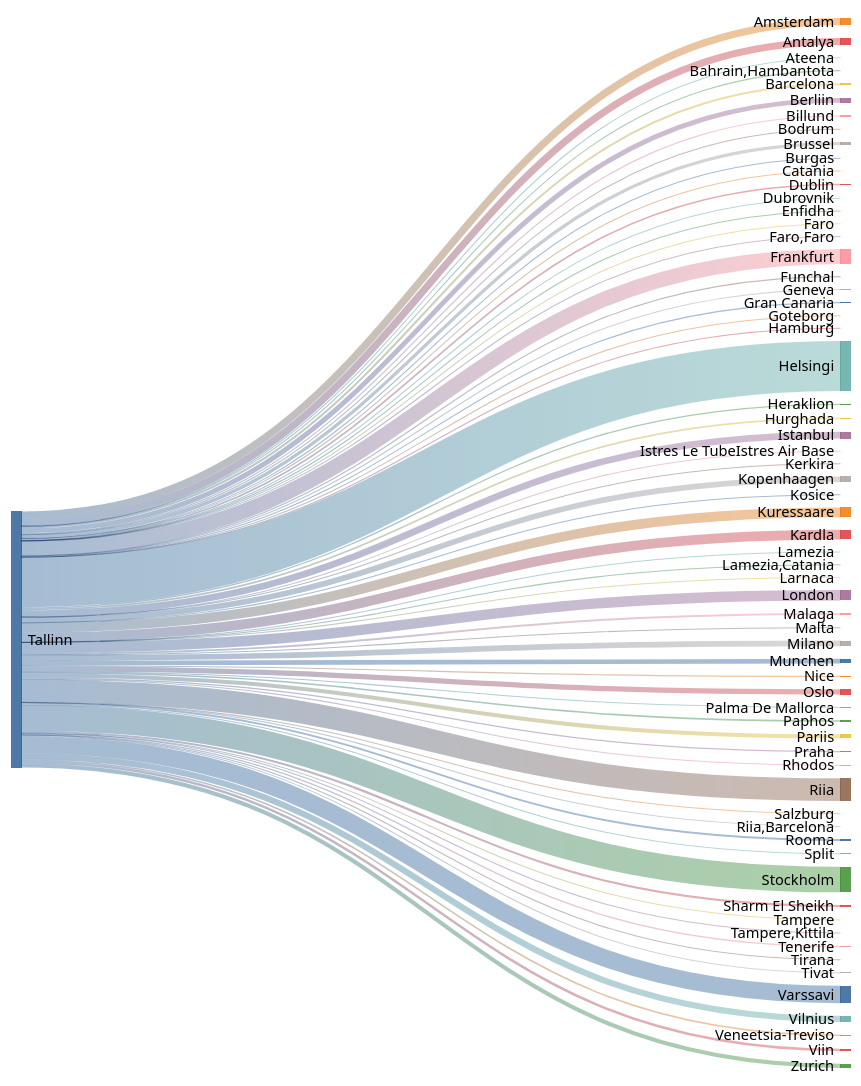
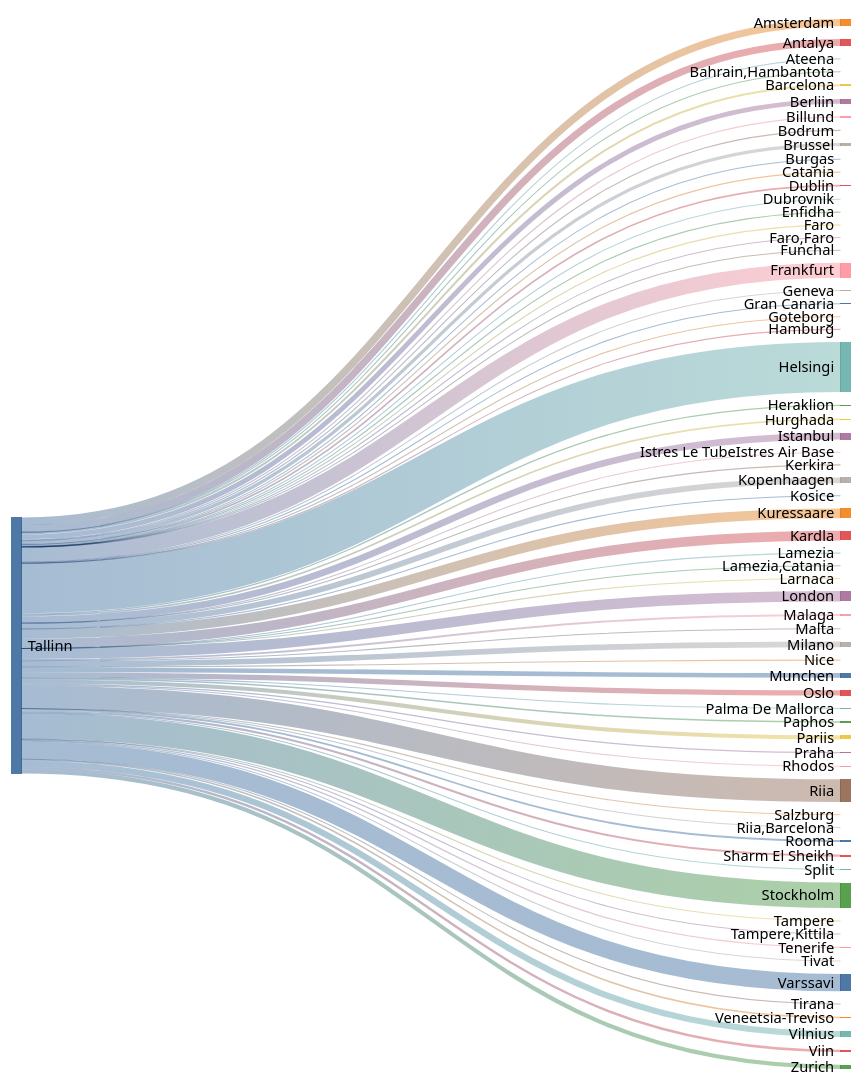
Before and after one commit to rainermesi/tll-airport-departures: the second of 2 diagrams in README.md, drawn with Mermaid (neutral theme). The commit also changed other lines of this file and 1 other file, not shown here.

````diff
--- a/README.md
+++ b/README.md
@@ -34,77 +34,77 @@
 ```mermaid
 ---
 config:
   sankey:
     showValues: false
     width: 800
     height: 1000
 ---
 sankey-beta
 %% source,target,value
-Tallinn,Amsterdam,323
-Tallinn,Antalya,313
+Tallinn,Amsterdam,325
+Tallinn,Antalya,316
 Tallinn,Ateena,16
 Tallinn,"Bahrain,Hambantota",1
 Tallinn,Barcelona,89
-Tallinn,Berliin,214
+Tallinn,Berliin,216
 Tallinn,Billund,53
 Tallinn,Bodrum,11
-Tallinn,Brussel,141
-Tallinn,Burgas,24
+Tallinn,Brussel,142
+Tallinn,Burgas,25
 Tallinn,Catania,2
 Tallinn,Dublin,72
 Tallinn,Dubrovnik,21
 Tallinn,Enfidha,7
 Tallinn,Faro,4
 Tallinn,"Faro,Faro",1
-Tallinn,Frankfurt,651
+Tallinn,Frankfurt,654
 Tallinn,Funchal,5
 Tallinn,Geneva,13
 Tallinn,Gran Canaria,38
 Tallinn,Goteborg,1
 Tallinn,Hamburg,2
-Tallinn,Helsingi,2191
+Tallinn,Helsingi,2201
 Tallinn,Heraklion,54
 Tallinn,Hurghada,75
-Tallinn,Istanbul,294
+Tallinn,Istanbul,295
 Tallinn,Istres Le TubeIstres Air Base,2
 Tallinn,Kerkira,4
-Tallinn,Kopenhaagen,249
+Tallinn,Kopenhaagen,251
 Tallinn,Kosice,1
-Tallinn,Kuressaare,425
-Tallinn,Kardla,425
+Tallinn,Kuressaare,427
+Tallinn,Kardla,427
 Tallinn,Lamezia,1
 Tallinn,"Lamezia,Catania",3
 Tallinn,Larnaca,4
-Tallinn,London,452
+Tallinn,London,454
 Tallinn,Malaga,85
 Tallinn,Malta,17
 Tallinn,Milano,249
-Tallinn,Munchen,201
+Tallinn,Munchen,203
 Tallinn,Nice,29
-Tallinn,Oslo,231
+Tallinn,Oslo,232
 Tallinn,Palma De Mallorca,21
 Tallinn,Paphos,66
-Tallinn,Pariis,177
-Tallinn,Praha,55
-Tallinn,Rhodos,36
-Tallinn,Riia,988
+Tallinn,Pariis,179
+Tallinn,Praha,56
+Tallinn,Rhodos,37
+Tallinn,Riia,992
 Tallinn,"Riia,Barcelona",1
 Tallinn,Rooma,80
 Tallinn,Salzburg,14
 Tallinn,Sharm El Sheikh,93
-Tallinn,Split,29
-Tallinn,Stockholm,1119
+Tallinn,Split,30
+Tallinn,Stockholm,1123
 Tallinn,Tampere,17
 Tallinn,"Tampere,Kittila",21
 Tallinn,Tenerife,58
-Tallinn,Tirana,9
+Tallinn,Tirana,10
 Tallinn,Tivat,32
-Tallinn,Varssavi,757
+Tallinn,Varssavi,761
 Tallinn,Veneetsia-Treviso,67
 Tallinn,Viin,106
-Tallinn,Vilnius,271
-Tallinn,Zurich,183
+Tallinn,Vilnius,272
+Tallinn,Zurich,184
 
 
 ```
````
